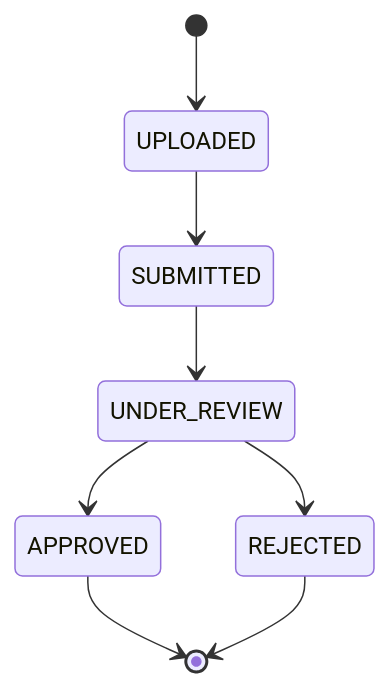
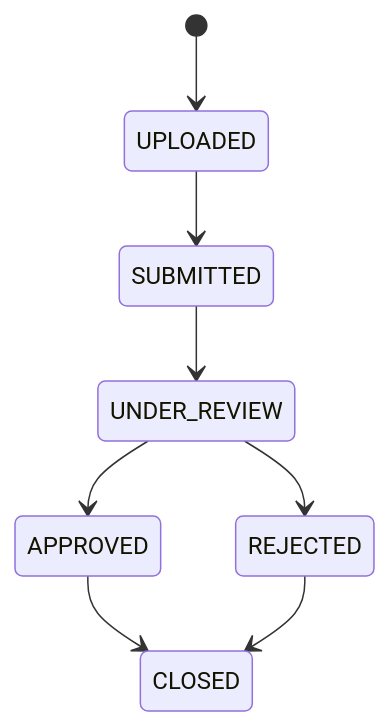
One commit to PritishSingh13/smart-sure-insurance changed the second of 4 diagrams in README.md. Above: the diagram before and after it, drawn with Mermaid. The commit also changed other lines of this file, not shown here.

````diff
--- a/README.md
+++ b/README.md
@@ -87,10 +87,10 @@
 ```mermaid
 stateDiagram-v2
     [*] --> UPLOADED
     UPLOADED --> SUBMITTED
     SUBMITTED --> UNDER_REVIEW
     UNDER_REVIEW --> APPROVED
     UNDER_REVIEW --> REJECTED
-    APPROVED --> [*]
-    REJECTED --> [*]
+    APPROVED --> CLOSED
+    REJECTED --> CLOSED
 ```
````
